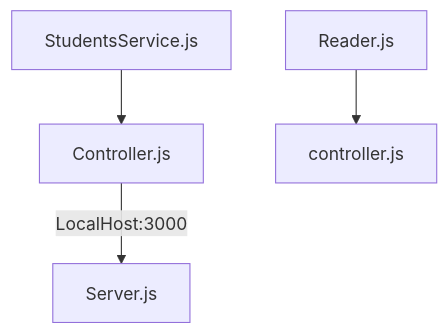
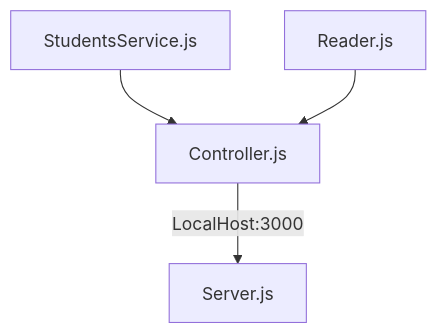
One commit to ChristianDeM/ThinkingAPI changed the diagram in readme.md. Above: the diagram before and after it, drawn with Mermaid.

Commit message:
Correcion mermaid

````diff
--- a/readme.md
+++ b/readme.md
@@ -18,7 +18,7 @@
 ```mermaid
   graph TD;
     StudentsService.js-->Controller.js;
-    Reader.js-->controller.js
-    Controller.js--LocalHost:3000-->Server.js 
+    Reader.js-->Controller.js;
+    Controller.js--LocalHost:3000-->Server.js;
     
 ```
````
